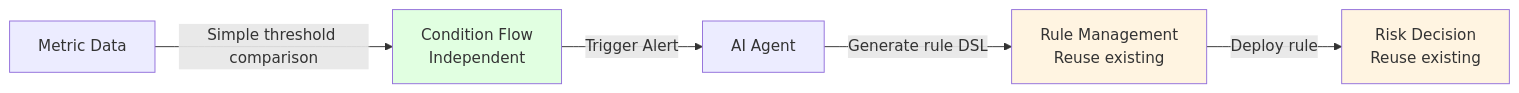
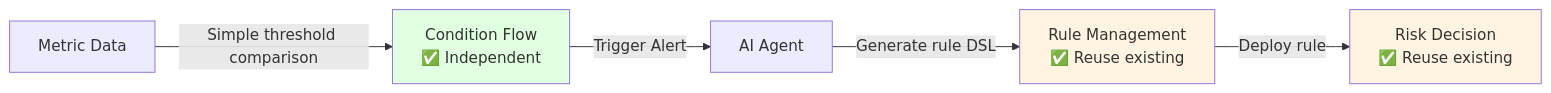
Before and after one commit to smarttttttt/AwxSentinel: the ninth of 13 diagrams in AlertSystemDesign_EN.md, drawn with Mermaid. The commit also changed other lines of this file and 1 other file, not shown here.

````diff
--- a/AlertSystemDesign_EN.md
+++ b/AlertSystemDesign_EN.md
@@ -763,11 +695,11 @@
 ```mermaid
 graph LR
-    A[Metric Data] -->|Simple threshold comparison| B[Condition Flow<br/>Independent]
+    A[Metric Data] -->|Simple threshold comparison| B[Condition Flow<br/>✅ Independent]
     B -->|Trigger Alert| C[AI Agent]
-    C -->|Generate rule DSL| D[Rule Management<br/>Reuse existing]
-    D -->|Deploy rule| E[Risk Decision<br/>Reuse existing]
+    C -->|Generate rule DSL| D[Rule Management<br/>✅ Reuse existing]
+    D -->|Deploy rule| E[Risk Decision<br/>✅ Reuse existing]
 
     style B fill:#e1ffe1
     style D fill:#fff4e1
     style E fill:#fff4e1
 ```
````
